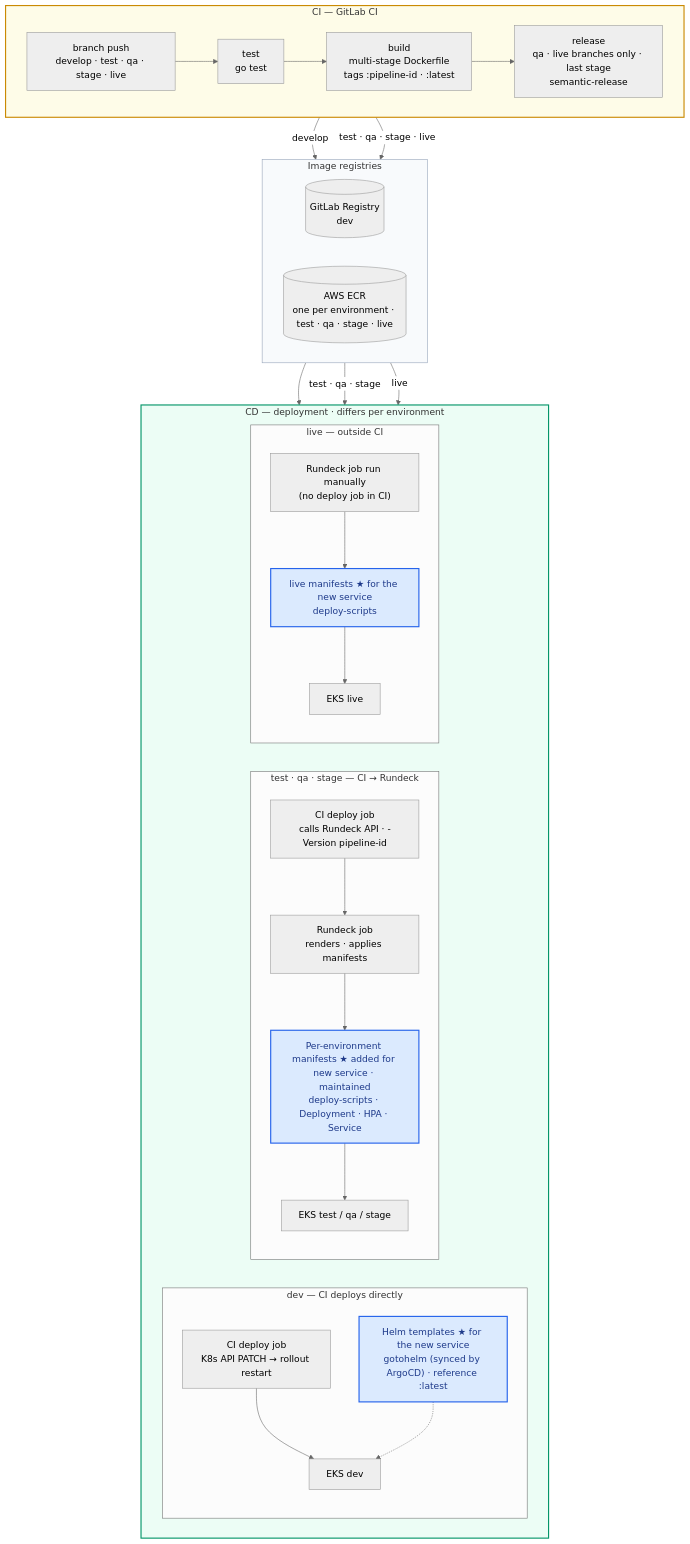
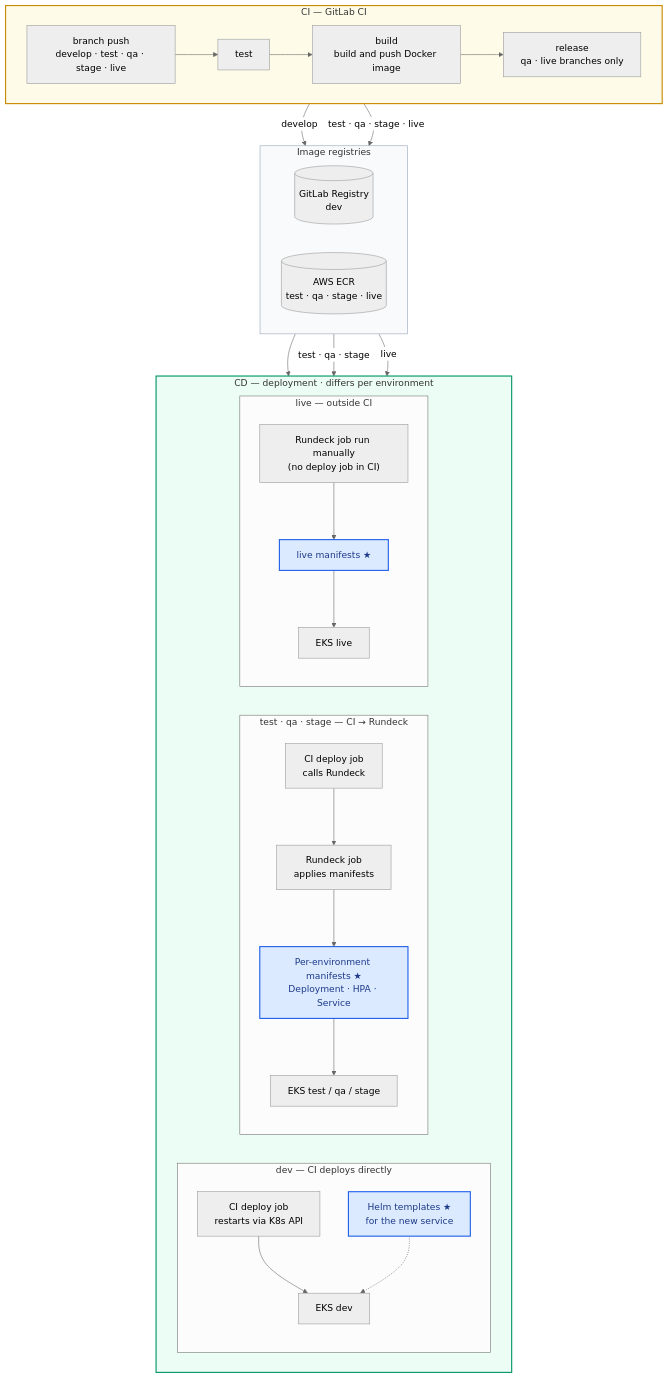
The diagram in content/diagrams/cicd.en.mmd (shalwxy/career), drawn with Mermaid (neutral theme) before and after one commit. The commit also changed 27 other files, not shown here.

```diff
--- a/content/diagrams/cicd.en.mmd
+++ b/content/diagrams/cicd.en.mmd
@@ -1,51 +1,51 @@
 %% title: CI/CD — per-environment flow (★ = config I added or maintained)
 flowchart TB
     subgraph CI["CI — GitLab CI"]
         direction LR
         BR["branch push<br/>develop · test · qa · stage · live"]
-        T["test<br/>go test"]
-        B["build<br/>multi-stage Dockerfile<br/>tags :pipeline-id · :latest"]
-        REL["release<br/>qa · live branches only · last stage<br/>semantic-release"]
+        T["test"]
+        B["build<br/>build and push Docker image"]
+        REL["release<br/>qa · live branches only"]
         BR --> T --> B --> REL
     end
     subgraph REG["Image registries"]
         direction LR
         R1[("GitLab Registry<br/>dev")]
-        R2[("AWS ECR<br/>one per environment · test · qa · stage · live")]
+        R2[("AWS ECR<br/>test · qa · stage · live")]
     end
     subgraph CD["CD — deployment · differs per environment"]
         direction LR
         subgraph DEVL["dev — CI deploys directly"]
             direction TB
-            D1["CI deploy job<br/>K8s API PATCH → rollout restart"]
-            H["Helm templates ★ for the new service<br/>gotohelm (synced by ArgoCD) · reference :latest"]
+            D1["CI deploy job<br/>restarts via K8s API"]
+            H["Helm templates ★<br/>for the new service"]
             K1["EKS dev"]
             D1 --> K1
             H -.-> K1
         end
         subgraph TQS["test · qa · stage — CI → Rundeck"]
             direction TB
-            D2["CI deploy job<br/>calls Rundeck API · -Version pipeline-id"]
-            RD["Rundeck job<br/>renders · applies manifests"]
-            M["Per-environment manifests ★ added for new service · maintained<br/>deploy-scripts · Deployment · HPA · Service"]
+            D2["CI deploy job<br/>calls Rundeck"]
+            RD["Rundeck job<br/>applies manifests"]
+            M["Per-environment manifests ★<br/>Deployment · HPA · Service"]
             K2["EKS test / qa / stage"]
             D2 --> RD --> M --> K2
         end
         subgraph LIVE["live — outside CI"]
             direction TB
             RL["Rundeck job run manually<br/>(no deploy job in CI)"]
-            ML["live manifests ★ for the new service<br/>deploy-scripts"]
+            ML["live manifests ★"]
             K3["EKS live"]
             RL --> ML --> K3
         end
     end
     B -- develop --> R1
     B -- "test · qa · stage · live" --> R2
     R1 --> D1
     R2 -- "test · qa · stage" --> D2
     R2 -- live --> RL
     classDef mine fill:#dbeafe,stroke:#2563eb,stroke-width:2px,color:#1e3a8a
     class H,M,ML mine
     style CI fill:#fefce8,stroke:#ca8a04,stroke-width:2px
     style CD fill:#ecfdf5,stroke:#059669,stroke-width:2px
     style REG fill:#f8fafc,stroke:#94a3b8
```
